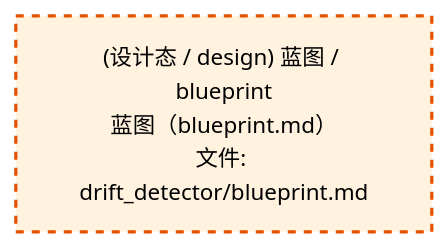
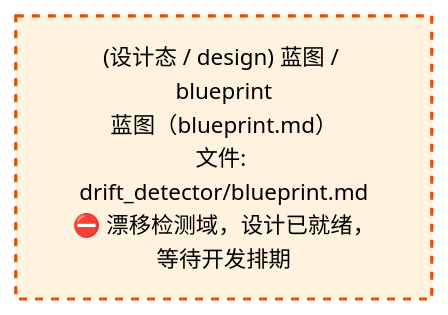
One commit to xuanFelixVan/ZephyrAlpha changed the third of 4 diagrams in docs/02_enterprise_architecture/02_domain_architecture_docs/52_d_gov_drift.md. Above: the diagram before and after it, drawn with Mermaid. The commit also changed other lines of this file and 50 other files, not shown here.

````diff
--- a/docs/02_enterprise_architecture/02_domain_architecture_docs/52_d_gov_drift.md
+++ b/docs/02_enterprise_architecture/02_domain_architecture_docs/52_d_gov_drift.md
@@ -457,10 +457,10 @@
 ```mermaid
 %%{init: {'theme': 'base', 'themeVariables': {'primaryColor': '#eaeaea', 'primaryTextColor': '#333333', 'primaryBorderColor': '#666666', 'lineColor': '#666666', 'secondaryColor': '#eaeaea', 'tertiaryColor': '#eaeaea', 'fontSize': '14px'}}}%%
 flowchart TD
-    docs_03_modules_domain_governance_drift_detector_blueprint_md["(设计态 / design) 蓝图 / blueprint<br/>蓝图（blueprint.md）<br/>文件: drift_detector/blueprint.md"]
+    docs_03_modules_domain_governance_drift_detector_blueprint_md["(设计态 / design) 蓝图 / blueprint<br/>蓝图（blueprint.md）<br/>文件: drift_detector/blueprint.md<br/>⛔ 漂移检测域，设计已就绪，等待开发排期"]
     classDef production fill:#e1f5fe,stroke:#01579b,stroke-width:2px,color:#000
     classDef design fill:#fff3e0,stroke:#e65100,stroke-width:2px,color:#000,stroke-dasharray: 5 5
     classDef external_prod fill:#e8f4fd,stroke:#0277bd,stroke-width:1px,color:#000
     classDef external_design fill:#fff8e7,stroke:#ef6c00,stroke-width:1px,color:#000,stroke-dasharray: 5 5
     class docs_03_modules_domain_governance_drift_detector_blueprint_md design
 ```
````
